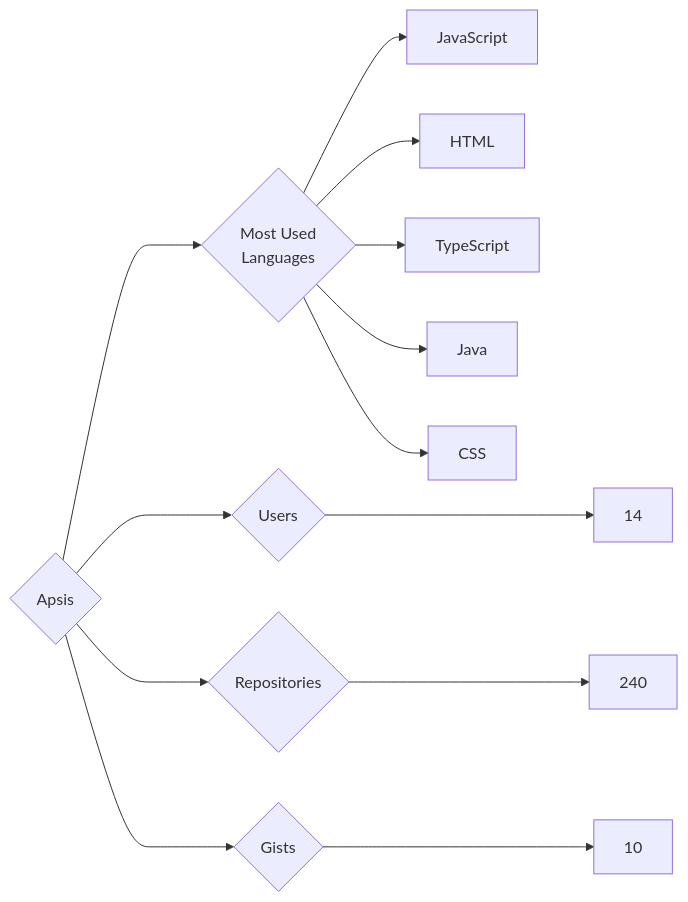
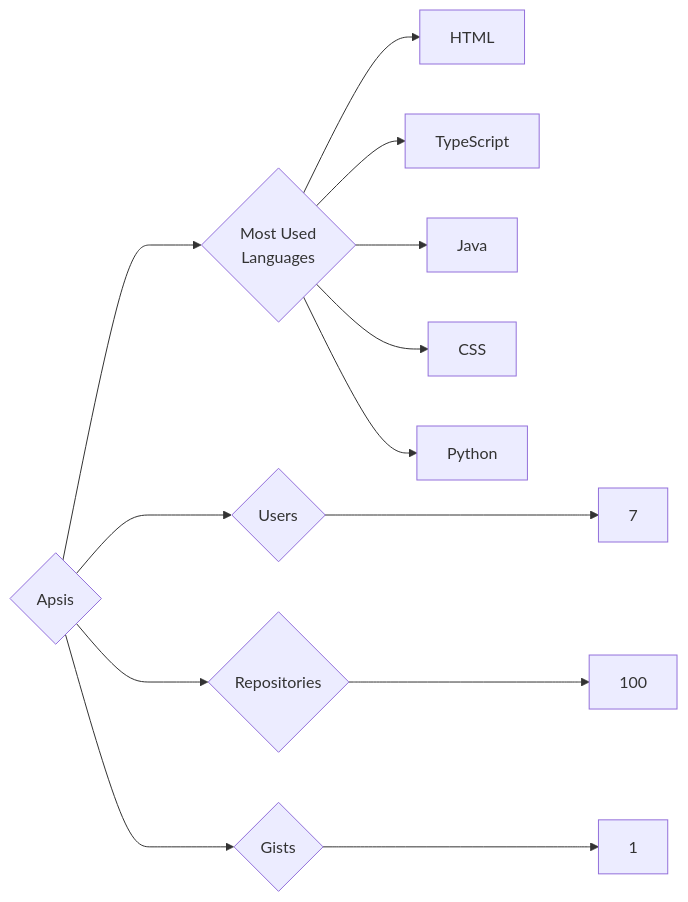
The diagram in targets/Apsis/README.md (trickest/insiders), drawn with Mermaid before and after one commit. The commit also changed 633 other files, not shown here.

````diff
--- a/targets/Apsis/README.md
+++ b/targets/Apsis/README.md
@@ -3,13 +3,13 @@
 ```mermaid
 graph LR
 COMPANY_NAME{Apsis}
-COMPANY_NAME ---> U{Users} ---> UN[14]
-COMPANY_NAME ---> R{Repositories} ---> RN[240]
-COMPANY_NAME ---> G{Gists} ---> GN[10]
+COMPANY_NAME ---> U{Users} ---> UN[7]
+COMPANY_NAME ---> R{Repositories} ---> RN[100]
+COMPANY_NAME ---> G{Gists} ---> GN[1]
 COMPANY_NAME ---> ML{Most Used<br>Languages}
-ML --> JavaScript[JavaScript]
 ML --> HTML[HTML]
 ML --> TypeScript[TypeScript]
 ML --> Java[Java]
 ML --> CSS[CSS]
+ML --> Python[Python]
 ```
````
